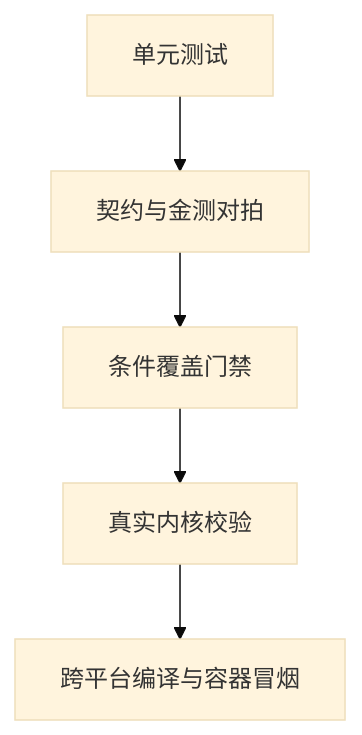
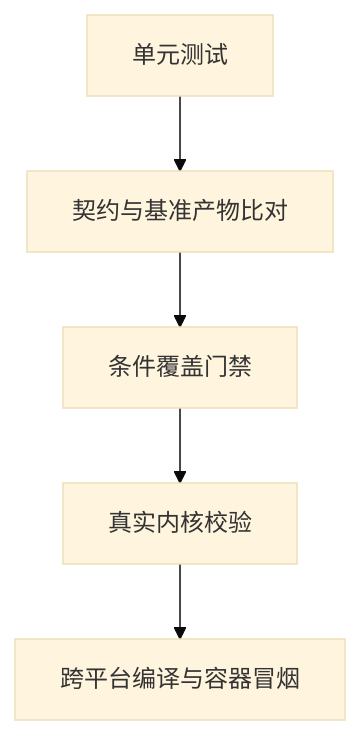
Before and after one commit to tktogether/subforge: the second of 4 diagrams in docs/wiki/开发与测试指南.md, drawn with Mermaid (base theme). The commit also changed other lines of this file and 27 other files, not shown here.

````diff
--- a/docs/wiki/开发与测试指南.md
+++ b/docs/wiki/开发与测试指南.md
@@ -129,7 +129,7 @@
 ```mermaid
 flowchart TD
-  A[单元测试] --> B[契约与金测对拍]
+  A[单元测试] --> B[契约与基准产物比对]
   B --> C[条件覆盖门禁]
   C --> D[真实内核校验]
   D --> E[跨平台编译与容器冒烟]
 ```
````
